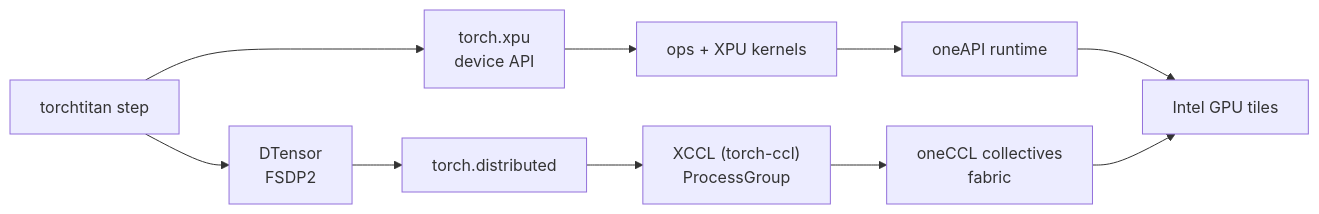
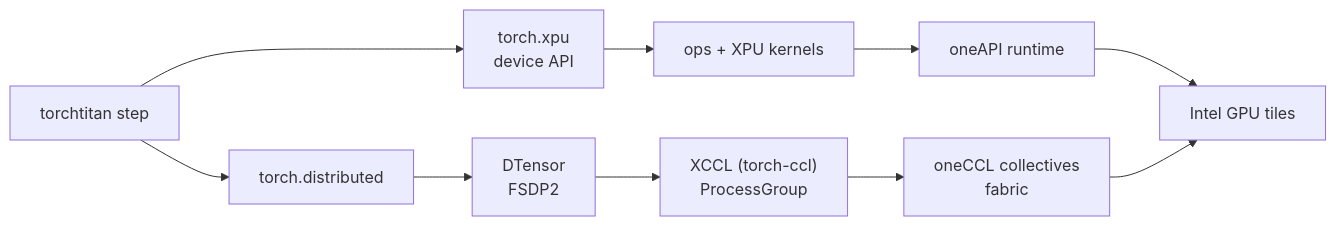
The second of 3 diagrams in web/src/pages/talks/2026/10/21/index.mdx (saforem2/samf.sh), drawn with Mermaid before and after one commit. The commit also changed other lines of this file and 2 other files, not shown here.

First line of the commit message:
talk(ptc26): timeline slide 4 — mermaid gantt with by-lane color + scale fixes

````diff
--- a/web/src/pages/talks/2026/10/21/index.mdx
+++ b/web/src/pages/talks/2026/10/21/index.mdx
@@ -142,12 +143,12 @@
 ```mermaid
 flowchart LR
     TRAIN["torchtitan step"] --> DEVICE["torch.xpu<br/>device API"]
     DEVICE --> KERNELS["ops + XPU kernels"]
     KERNELS --> RUNTIME["oneAPI runtime"]
     RUNTIME --> GPU["Intel GPU tiles"]
-    TRAIN --> PARALLEL["DTensor<br/>FSDP2"]
-    PARALLEL --> DIST["torch.distributed"]
-    DIST --> XCCL["XCCL (torch-ccl)<br/>ProcessGroup"]
+    TRAIN --> DIST["torch.distributed"]
+    DIST --> PARALLEL["DTensor<br/>FSDP2"]
+    PARALLEL --> XCCL["XCCL (torch-ccl)<br/>ProcessGroup"]
     XCCL --> COLLECTIVE["oneCCL collectives<br/>fabric"]
     COLLECTIVE --> GPU
 ```
````
